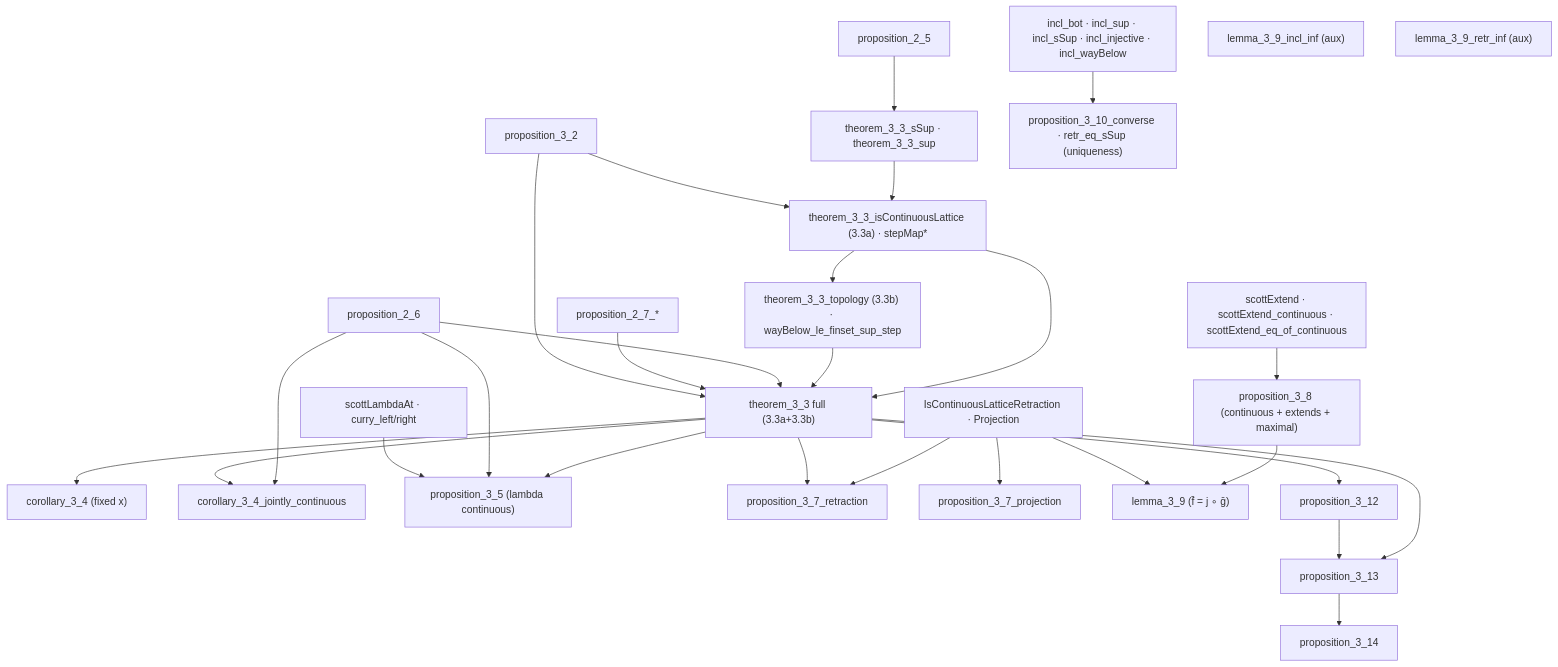
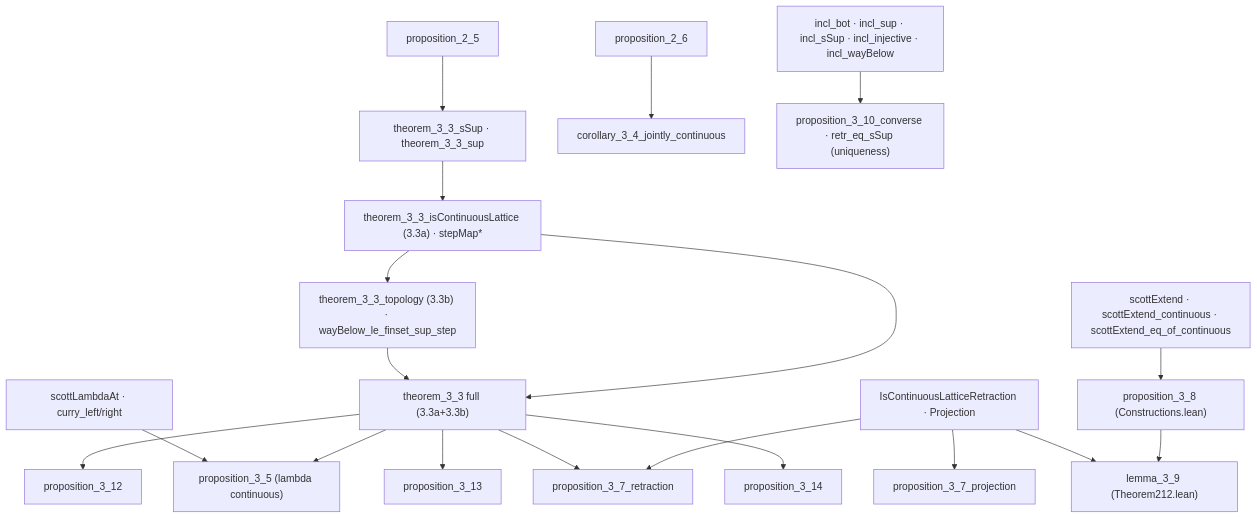
Before and after one commit to catskillsresearch/scott1972: the fourth of 5 diagrams in arxiv.md, drawn with Mermaid. The commit also changed other lines of this file and 4 other files, not shown here.

````diff
--- a/arxiv.md
+++ b/arxiv.md
@@ -307,55 +310,42 @@
 ```mermaid
 flowchart TD
   P25["proposition_2_5"]
   P26["proposition_2_6"]
-  P27["proposition_2_7_*"]
-  P32["proposition_3_2"]
   T33c["theorem_3_3_sSup · theorem_3_3_sup"]
   T33a["theorem_3_3_isContinuousLattice (3.3a) · stepMap*"]
   T33b["theorem_3_3_topology (3.3b) · wayBelow_le_finset_sup_step"]
   T33["theorem_3_3 full (3.3a+3.3b)"]
-  C34x["corollary_3_4 (fixed x)"]
   C34j["corollary_3_4_jointly_continuous"]
   P35r["scottLambdaAt · curry_left/right"]
   P35["proposition_3_5 (lambda continuous)"]
   P37r["proposition_3_7_retraction"]
   P37p["proposition_3_7_projection"]
   D36["IsContinuousLatticeRetraction · Projection"]
   P310f["incl_bot · incl_sup · incl_sSup · incl_injective · incl_wayBelow"]
   P310c["proposition_3_10_converse · retr_eq_sSup (uniqueness)"]
   P38p["scottExtend · scottExtend_continuous · scottExtend_eq_of_continuous"]
-  P38["proposition_3_8 (continuous + extends + maximal)"]
-  L39i["lemma_3_9_incl_inf (aux)"]
-  L39r["lemma_3_9_retr_inf (aux)"]
-  L39["lemma_3_9 (f̄ = j ∘ ḡ)"]
+  P38["proposition_3_8 (Constructions.lean)"]
+  L39["lemma_3_9 (Theorem212.lean)"]
   P312["proposition_3_12"]
   P313["proposition_3_13"]
   P314["proposition_3_14"]
 
   P25 --> T33c
   T33c --> T33a
-  P32 --> T33a
   T33a --> T33b
   T33a --> T33
   T33b --> T33
-  P26 --> T33
-  P27 --> T33
-  T33 --> C34x
   P26 --> C34j
-  T33 --> C34j
   T33 --> P35
-  P26 --> P35
   P35r --> P35
   D36 --> P37r
   D36 --> P37p
   T33 --> P37r
   T33 --> P312
   P310f --> P310c
   P38p --> P38
   P38 --> L39
   D36 --> L39
   T33 --> P313
-  P313 --> P314
-  P312 --> P313
-  P32 --> T33
+  T33 --> P314
 ```
````
